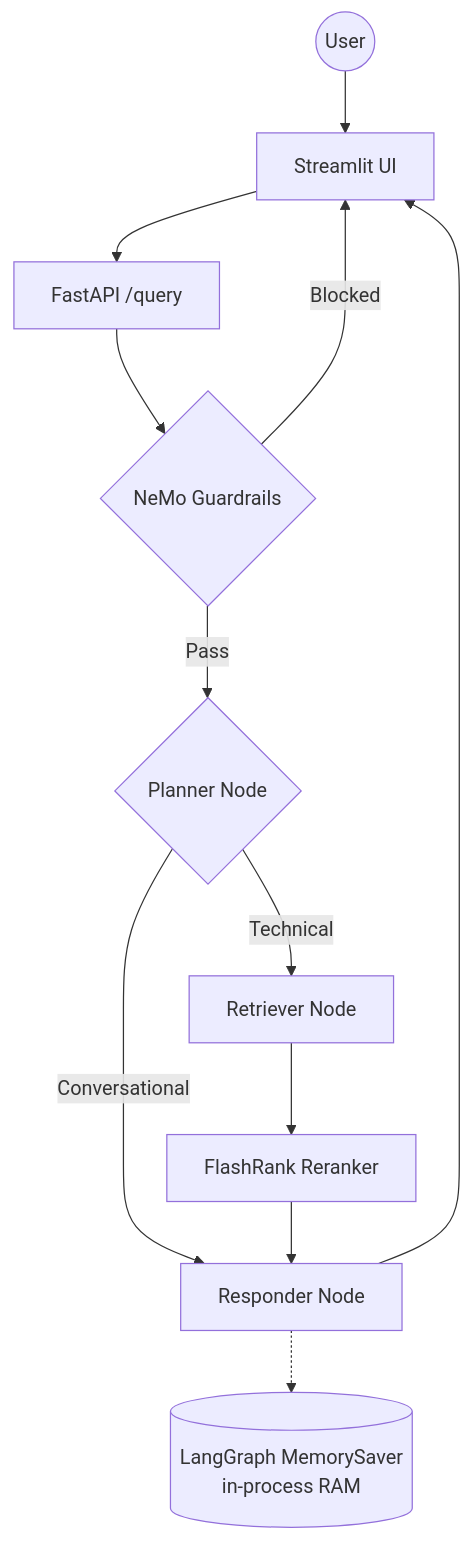
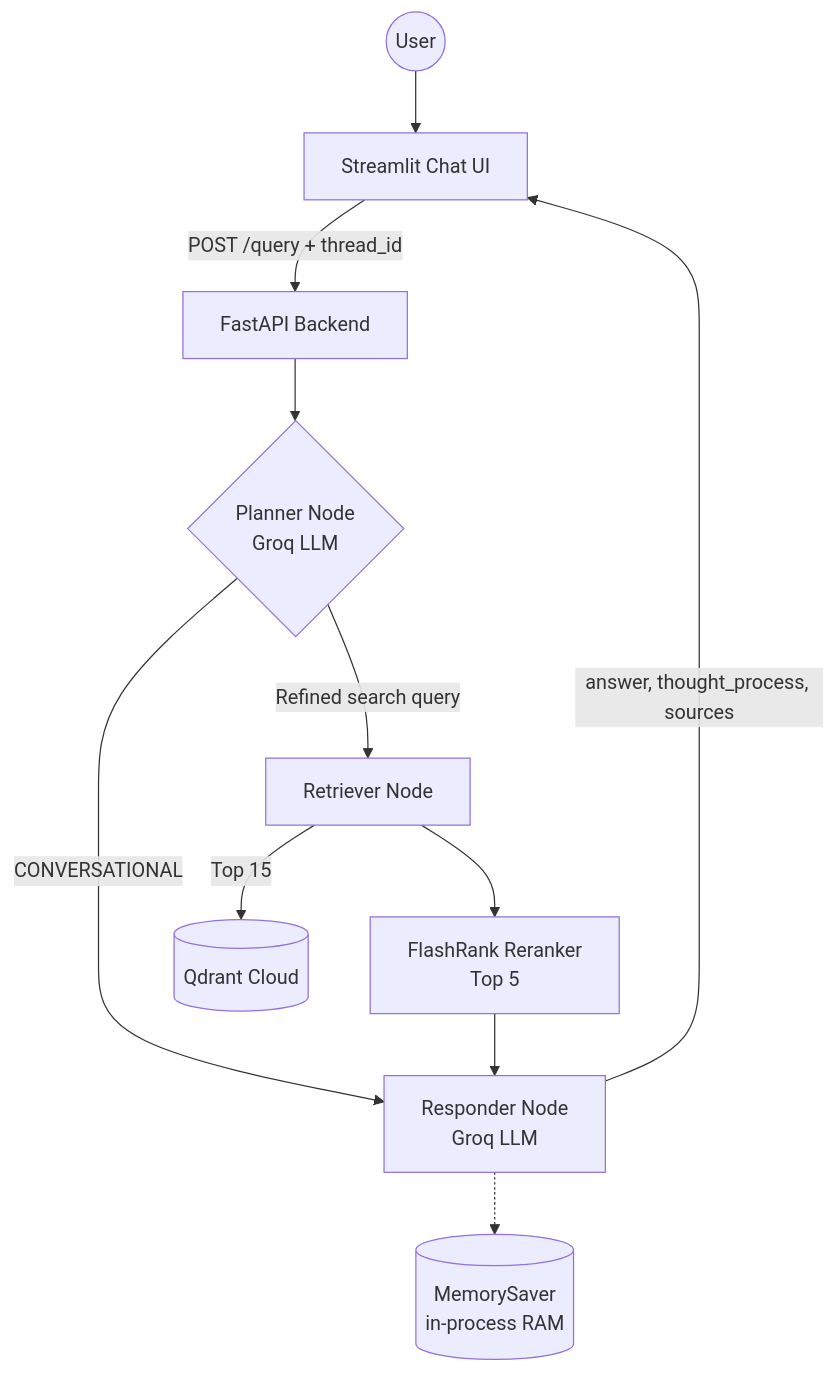
Before and after one commit to lalithdabilpuram01/enterprise_rag-with-GCP: the first of 3 diagrams in README.md, drawn with Mermaid. The commit also changed other lines of this file and 3 other files, not shown here.

````diff
--- a/README.md
+++ b/README.md
@@ -26,14 +32,13 @@
 ```mermaid
 graph TD
-    User((User)) --> UI[Streamlit UI]
-    UI --> API[FastAPI /query]
-    API --> Guard{NeMo Guardrails}
-    Guard -->|Blocked| UI
-    Guard -->|Pass| Planner{Planner Node}
-    Planner -->|Conversational| Responder[Responder Node]
-    Planner -->|Technical| Retriever[Retriever Node]
-    Retriever --> Reranker[FlashRank Reranker]
+    User((User)) --> UI[Streamlit Chat UI]
+    UI -->|POST /query + thread_id| API[FastAPI Backend]
+    API --> Planner{Planner Node<br/>Groq LLM}
+    Planner -->|CONVERSATIONAL| Responder[Responder Node<br/>Groq LLM]
+    Planner -->|Refined search query| Retriever[Retriever Node]
+    Retriever -->|Top 15| Qdrant[(Qdrant Cloud)]
+    Retriever --> Reranker[FlashRank Reranker<br/>Top 5]
     Reranker --> Responder
-    Responder --> UI
-    Responder -.-> Memory[(LangGraph MemorySaver\nin-process RAM)]
+    Responder -->|answer, thought_process, sources| UI
+    Responder -.-> Memory[(MemorySaver<br/>in-process RAM)]
 ```
````
